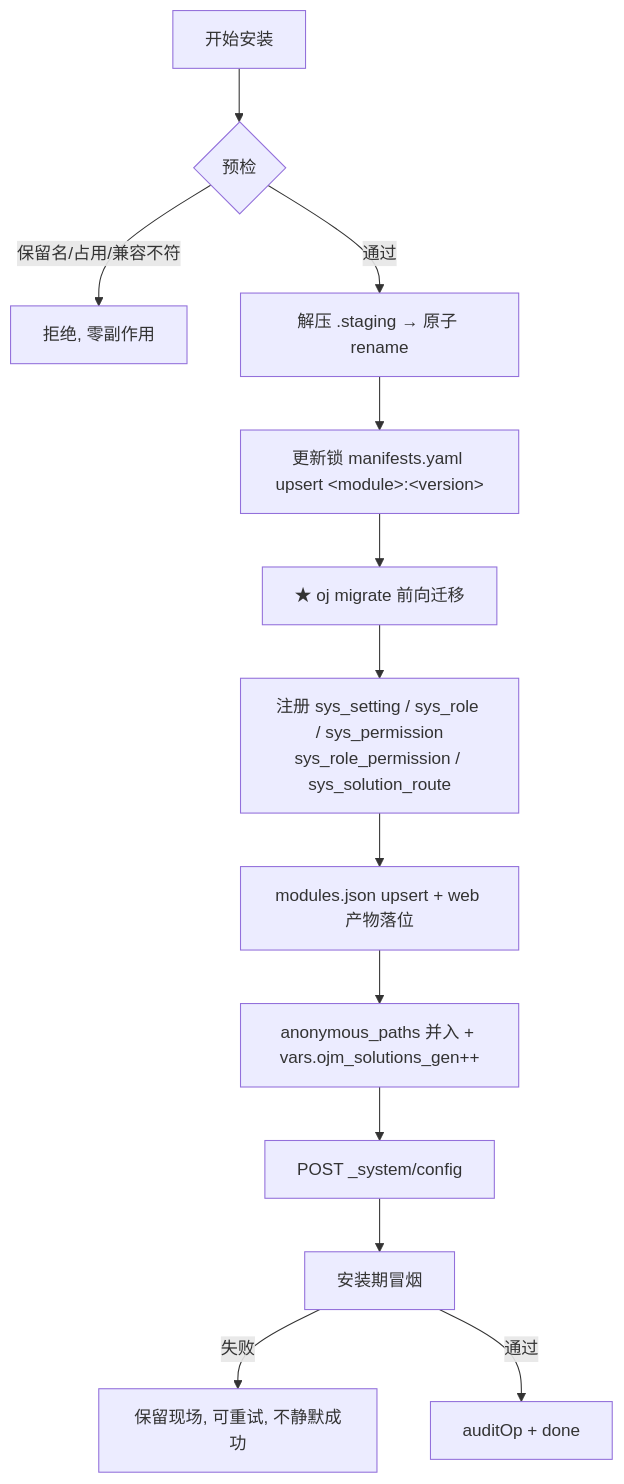
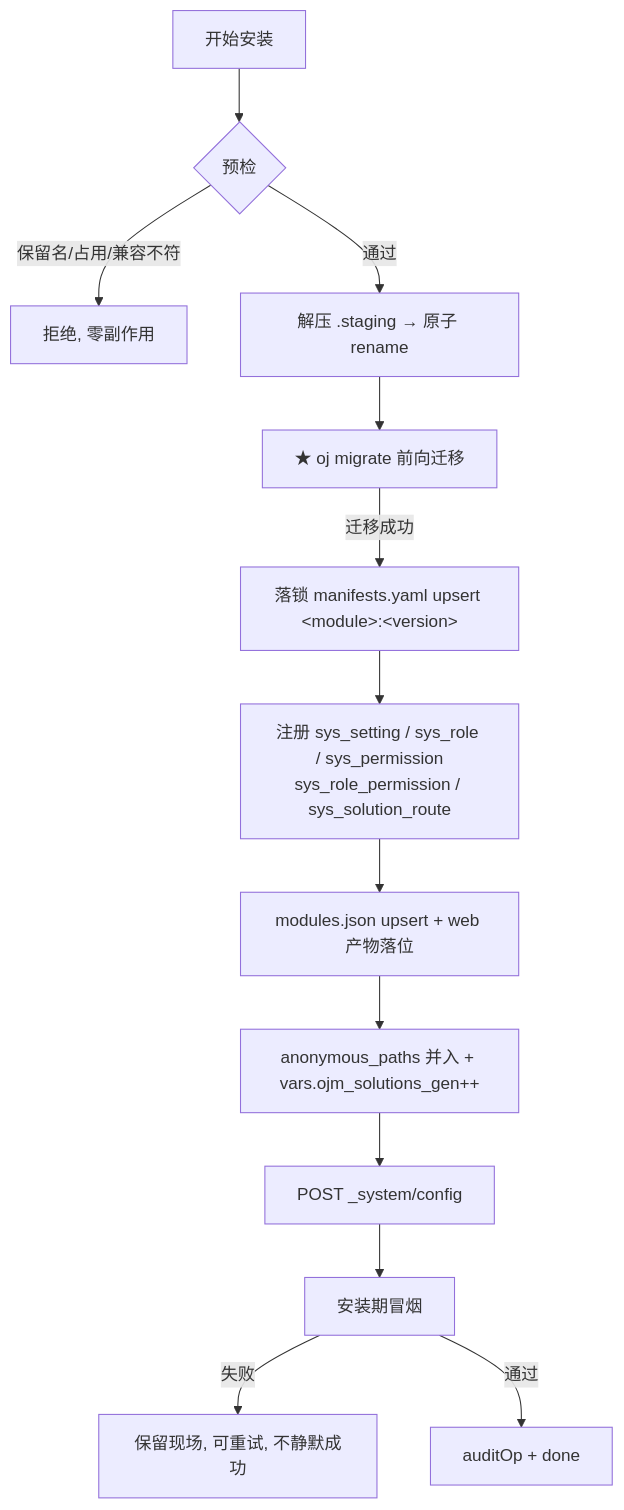
The third of 10 diagrams in docs/prd/solution/202610161300-solution-lifecycle-registration-design.md (everpan/oj-module), drawn with Mermaid before and after one commit. The commit also changed other lines of this file and 3 other files, not shown here.

````diff
--- a/docs/prd/solution/202610161300-solution-lifecycle-registration-design.md
+++ b/docs/prd/solution/202610161300-solution-lifecycle-registration-design.md
@@ -96,15 +96,15 @@
 ```mermaid
 flowchart TD
     S[开始安装] --> P{预检}
     P -->|保留名/占用/兼容不符| X[拒绝, 零副作用]
     P -->|通过| EX[解压 .staging → 原子 rename]
-    EX --> L[更新锁 manifests.yaml upsert &lt;module&gt;:&lt;version&gt;]
-    L --> MI[★ oj migrate 前向迁移]
-    MI --> R[注册 sys_setting / sys_role / sys_permission<br/>sys_role_permission / sys_solution_route]
+    EX --> MI[★ oj migrate 前向迁移]
+    MI -->|迁移成功| L[落锁 manifests.yaml upsert &lt;module&gt;:&lt;version&gt;]
+    L --> R[注册 sys_setting / sys_role / sys_permission<br/>sys_role_permission / sys_solution_route]
     R --> MJ[modules.json upsert + web 产物落位]
     MJ --> C[anonymous_paths 并入 + vars.ojm_solutions_gen++]
     C --> RL[POST _system/config]
     RL --> SM[安装期冒烟]
     SM -->|失败| RB[保留现场, 可重试, 不静默成功]
     SM -->|通过| AU[auditOp + done]
 ```
````
